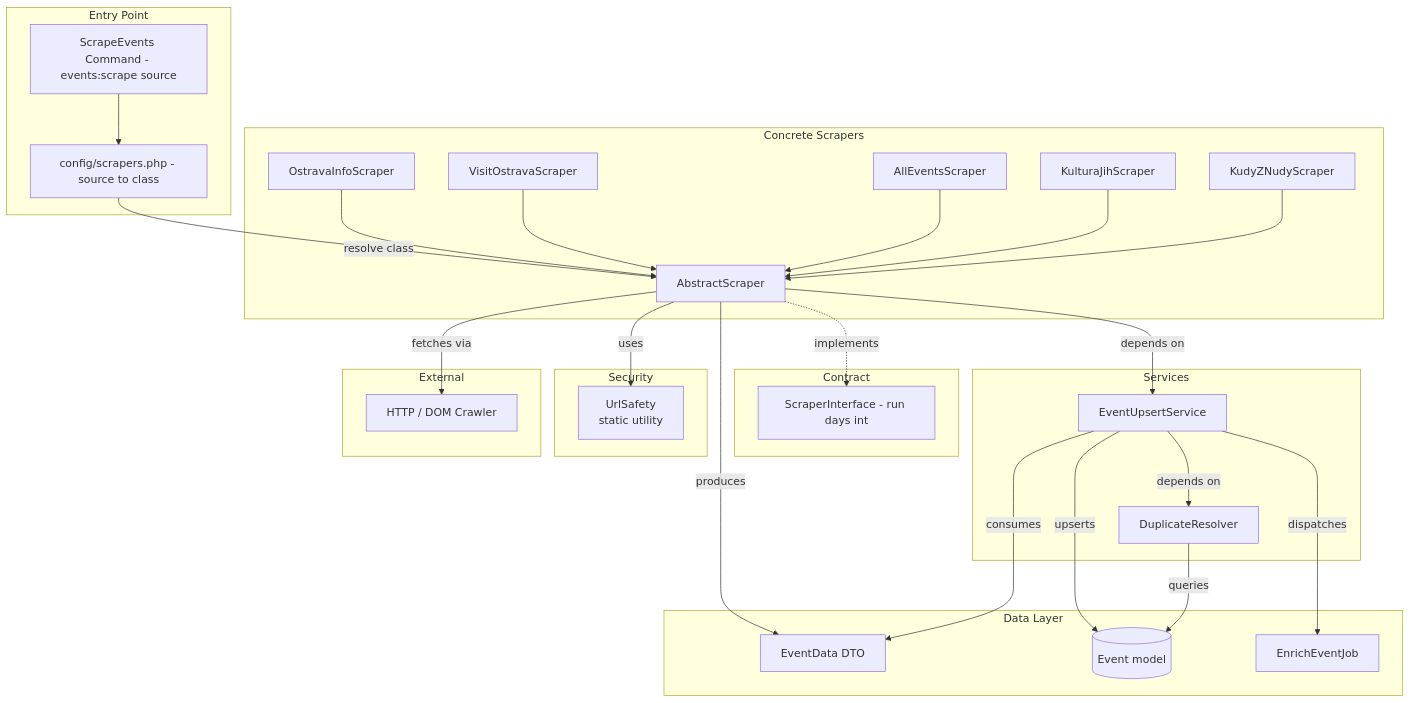
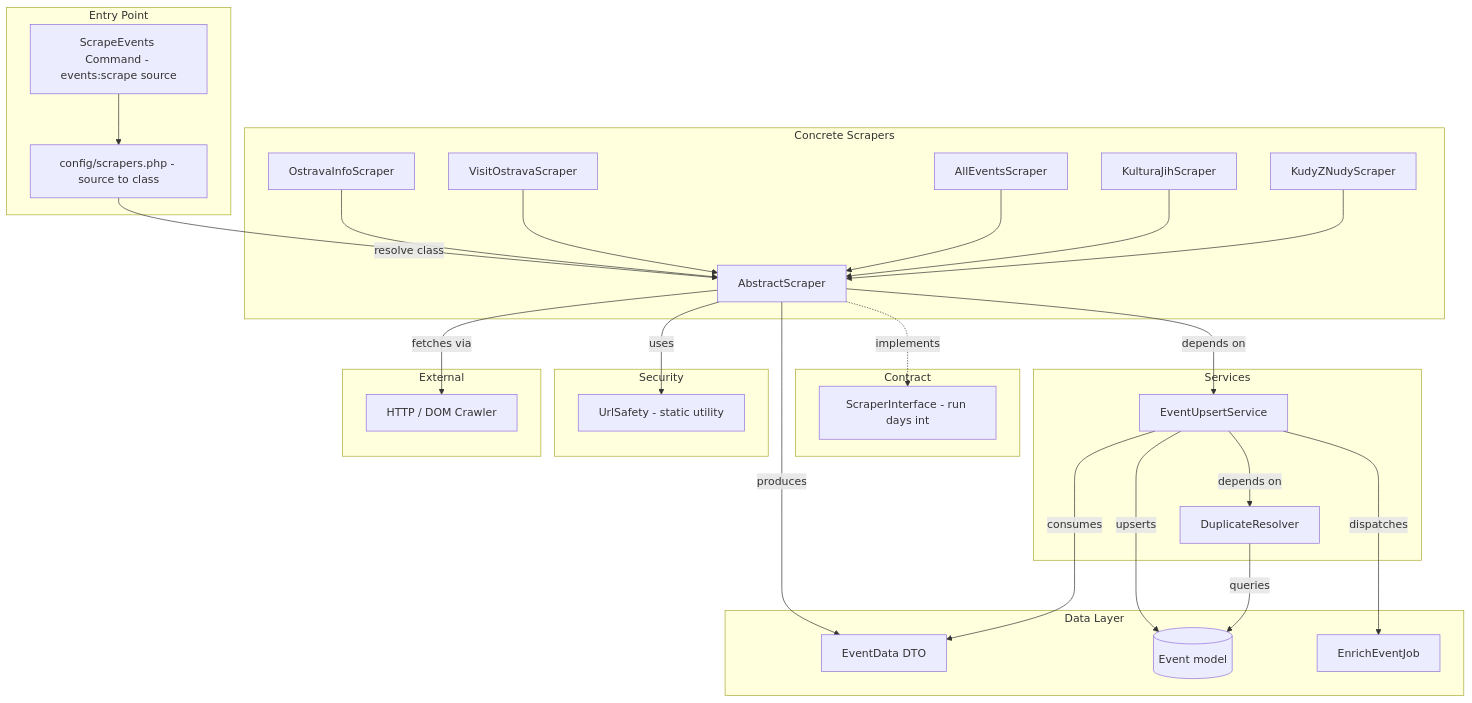
Before and after one commit to madmytrych/events_ostrava: the first of 3 diagrams in docs/SCRAPERS_ARCHITECTURE.md, drawn with Mermaid. The commit also changed 15 other files, not shown here.

````diff
--- a/docs/SCRAPERS_ARCHITECTURE.md
+++ b/docs/SCRAPERS_ARCHITECTURE.md
@@ -11,60 +11,60 @@
 ```mermaid
 flowchart TB
     subgraph Entry["Entry Point"]
         CMD["ScrapeEvents Command - events:scrape source"]
         CFG["config/scrapers.php - source to class"]
     end
 
     subgraph Interface["Contract"]
         IF["ScraperInterface - run days int"]
     end
 
     subgraph Scrapers["Concrete Scrapers"]
         AS[AbstractScraper]
         OI[OstravaInfoScraper]
         VO[VisitOstravaScraper]
         AE[AllEventsScraper]
         KJ[KulturaJihScraper]
         KZ[KudyZNudyScraper]
     end
 
     subgraph Services["Services"]
         EU[EventUpsertService]
         DR[DuplicateResolver]
     end
 
     subgraph Security["Security"]
-        US[UrlSafety<br/>static utility]
+        US["UrlSafety - static utility"]
     end
 
     subgraph Data["Data Layer"]
         ED[EventData DTO]
         EV[(Event model)]
         EEJ[EnrichEventJob]
     end
 
     subgraph External["External"]
         HTTP[HTTP / DOM Crawler]
     end
 
     CMD --> CFG
     CFG -->|resolve class| AS
     AS -.->|implements| IF
     OI --> AS
     VO --> AS
     AE --> AS
     KJ --> AS
     KZ --> AS
 
     AS -->|depends on| EU
     AS -->|uses| US
     AS -->|produces| ED
     AS -->|fetches via| HTTP
 
     EU -->|depends on| DR
     EU -->|upserts| EV
     EU -->|dispatches| EEJ
     EU -->|consumes| ED
 
     DR -->|queries| EV
 ```
````
